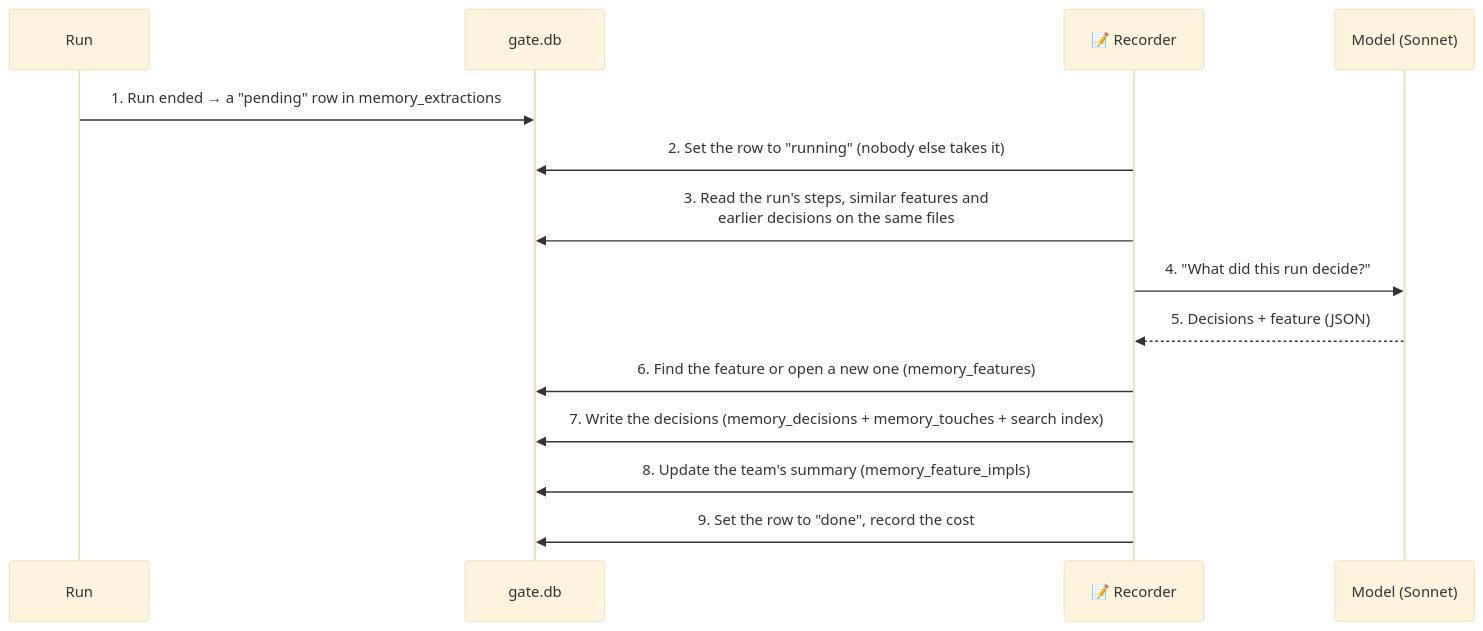
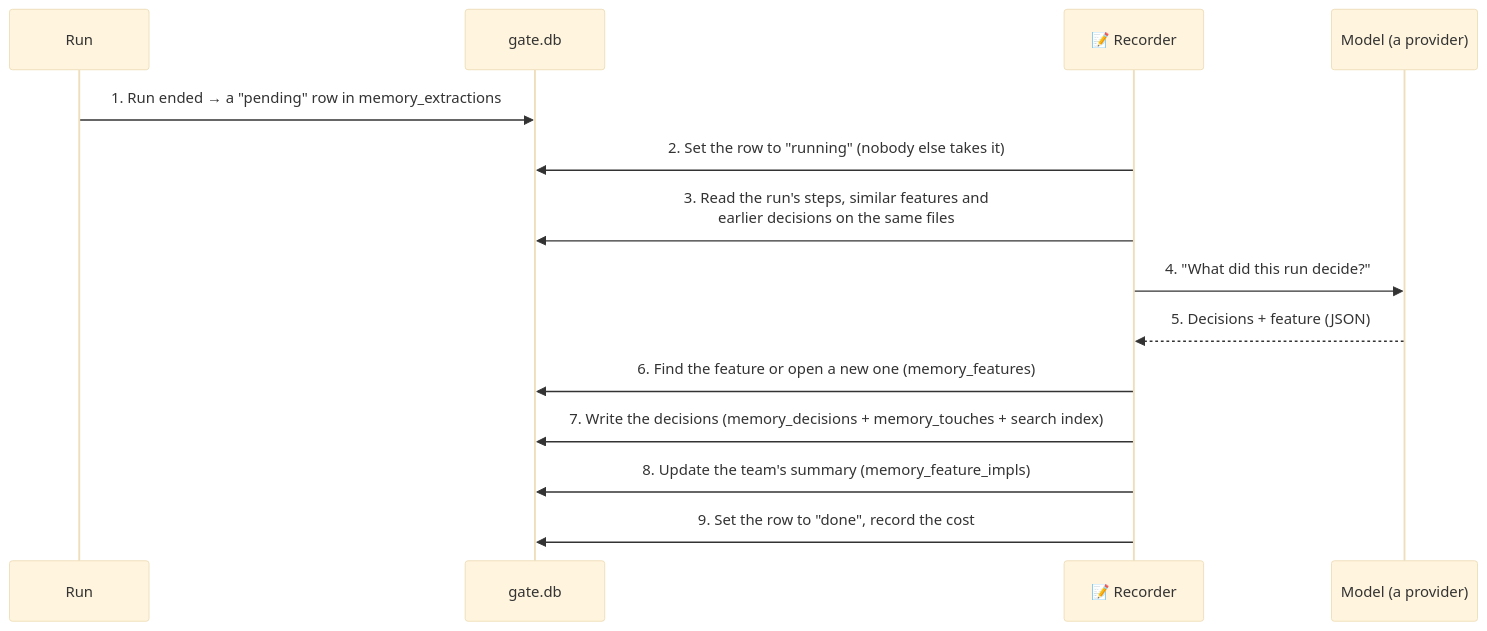
Before and after one commit to uguratadargun/gateway: the third of 5 diagrams in docs/design/memory.md, drawn with Mermaid (base theme). The commit also changed other lines of this file and 301 other files, not shown here.

````diff
--- a/docs/design/memory.md
+++ b/docs/design/memory.md
@@ -128,17 +128,17 @@
 ```mermaid
 sequenceDiagram
   participant Run as Run
   participant DB as gate.db
   participant Rec as 📝 Recorder
-  participant AI as Model (Sonnet)
+  participant AI as Model (a provider)
 
   Run->>DB: 1. Run ended → a "pending" row in memory_extractions
   Rec->>DB: 2. Set the row to "running" (nobody else takes it)
   Rec->>DB: 3. Read the run's steps, similar features and<br/>earlier decisions on the same files
   Rec->>AI: 4. "What did this run decide?"
   AI-->>Rec: 5. Decisions + feature (JSON)
   Rec->>DB: 6. Find the feature or open a new one (memory_features)
   Rec->>DB: 7. Write the decisions (memory_decisions + memory_touches + search index)
   Rec->>DB: 8. Update the team's summary (memory_feature_impls)
   Rec->>DB: 9. Set the row to "done", record the cost
 ```
````
